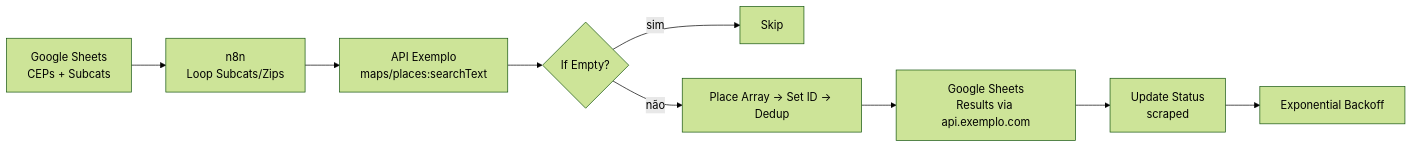
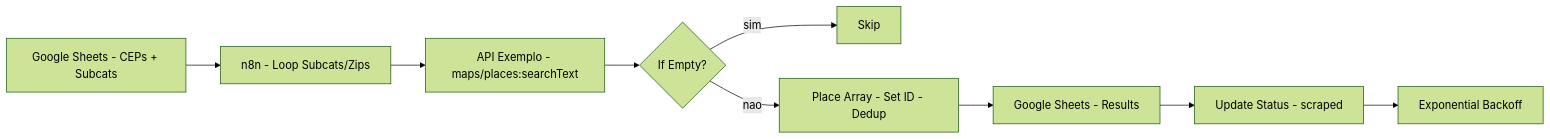
Before and after one commit to PIRANGUEIRO/garoupa: the diagram in README.md, drawn with Mermaid (forest theme). The commit also changed 1 other file, not shown here.

Commit message:
fix: correct Mermaid syntax for GitHub rendering
Remove <br/> and special chars, quote node labels

````diff
--- a/README.md
+++ b/README.md
@@ -62,11 +62,11 @@
 ```mermaid
 flowchart LR
-    A[Google Sheets<br/>CEPs + Subcats] --> B[n8n<br/>Loop Subcats/Zips]
-    B --> C[API Exemplo<br/>maps/places:searchText]
-    C --> D{If Empty?}
-    D -->|sim| E[Skip]
-    D -->|não| F[Place Array → Set ID → Dedup]
-    F --> G[Google Sheets<br/>Results via api.exemplo.com]
-    G --> H[Update Status<br/>scraped]
-    H --> I[Exponential Backoff]
+    A["Google Sheets - CEPs + Subcats"] --> B["n8n - Loop Subcats/Zips"]
+    B --> C["API Exemplo - maps/places:searchText"]
+    C --> D{"If Empty?"}
+    D -->|"sim"| E["Skip"]
+    D -->|"nao"| F["Place Array - Set ID - Dedup"]
+    F --> G["Google Sheets - Results"]
+    G --> H["Update Status - scraped"]
+    H --> I["Exponential Backoff"]
 ```
````
